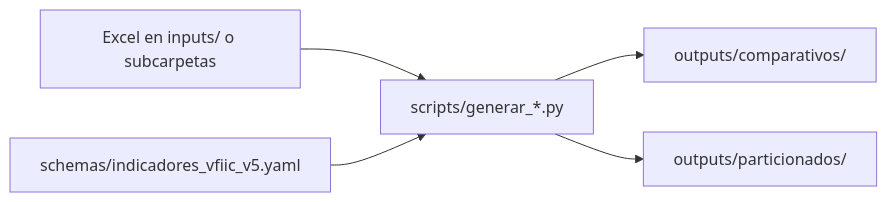
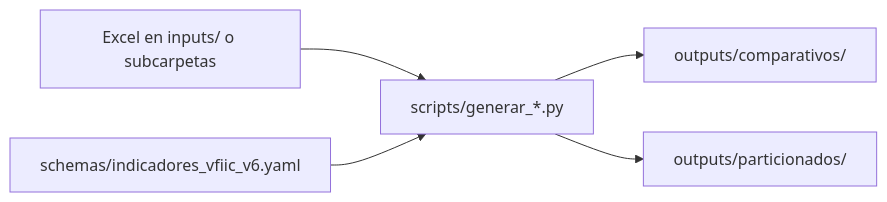
Before and after one commit to jesusrloza/vfiic-kpis-operativos: the diagram in docs/guia-operativa.md, drawn with Mermaid. The commit also changed other lines of this file and 12 other files, not shown here.

First line of the commit message:
Update schema to version 6 and enhance documentation

````diff
--- a/docs/guia-operativa.md
+++ b/docs/guia-operativa.md
@@ -67,12 +67,12 @@
 ```mermaid
 flowchart LR
   excel["Excel en inputs/ o subcarpetas"]
-  yaml["schemas/indicadores_vfiic_v5.yaml"]
+  yaml["schemas/indicadores_vfiic_v6.yaml"]
   script["scripts/generar_*.py"]
   outComp["outputs/comparativos/"]
   outPart["outputs/particionados/"]
   excel --> script
   yaml --> script
   script --> outComp
   script --> outPart
 ```
````
